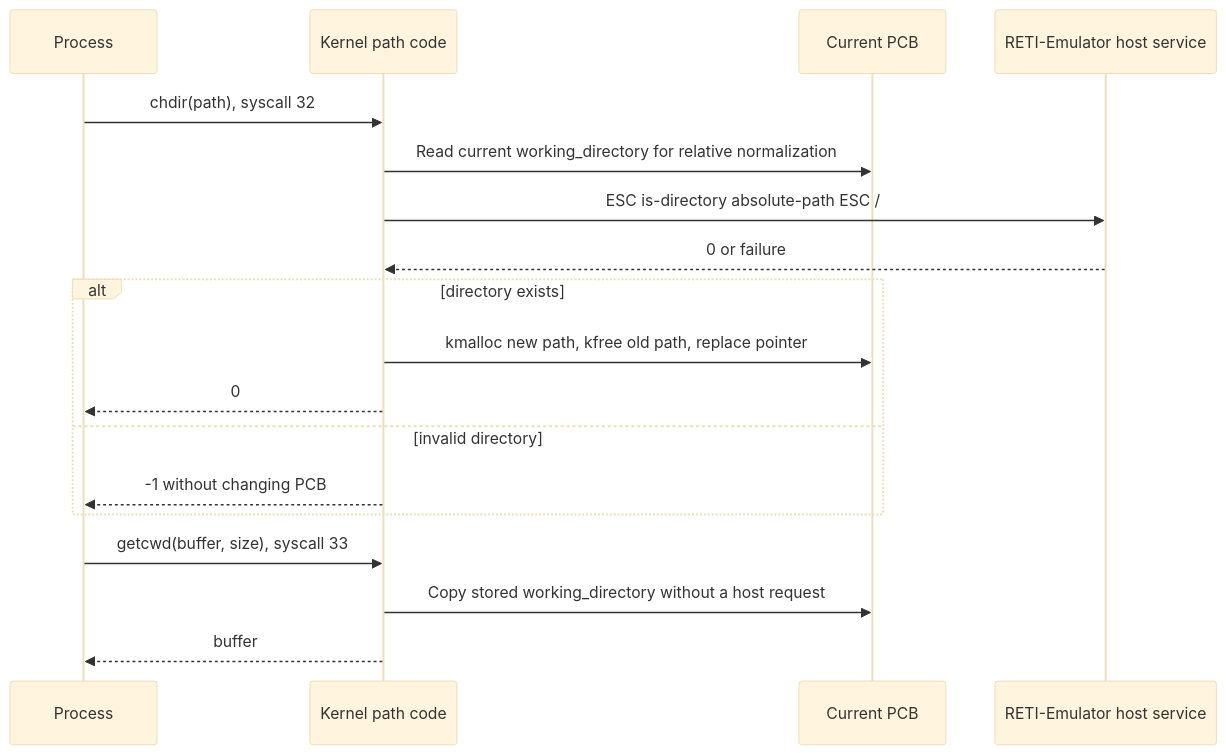
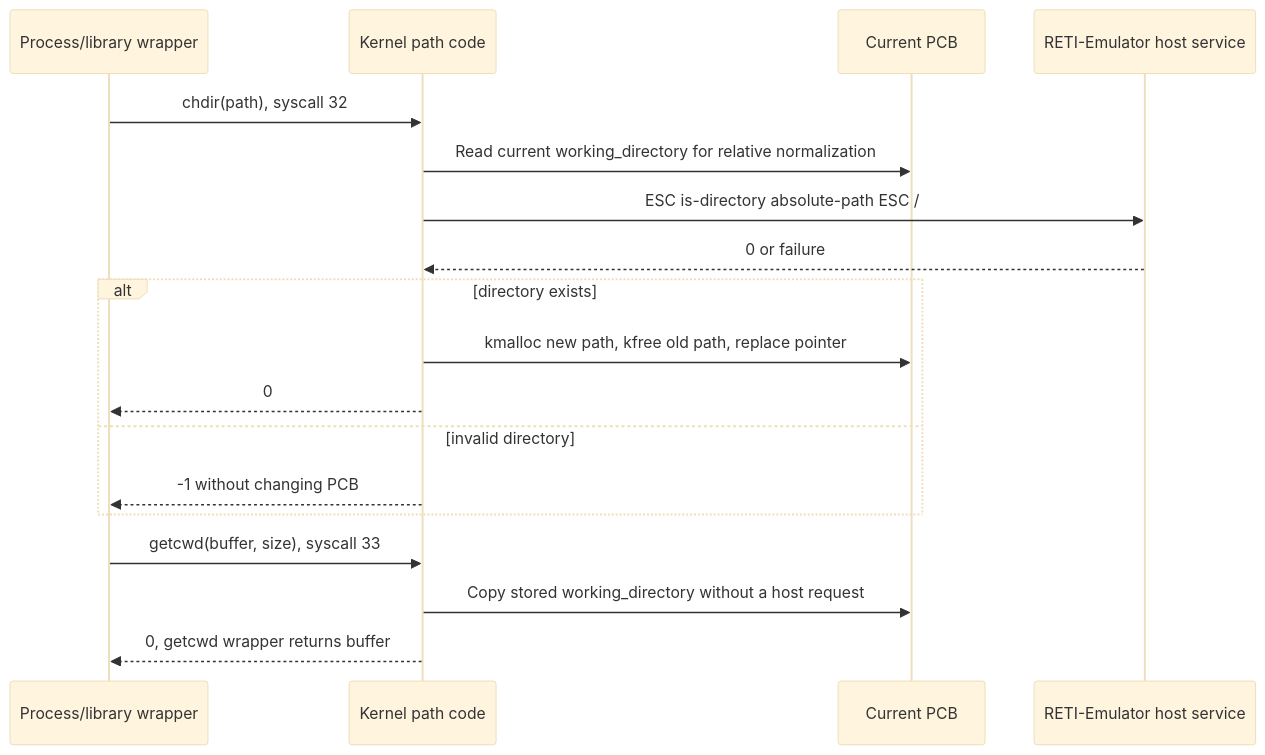
Before and after one commit to matthejue/Pico-OS: diagram 23 of 30 in README.md, drawn with Mermaid (base theme). The commit also changed other lines of this file, not shown here.

Commit message:
updated README with clearer explanations, diagrams, and source links

````diff
--- a/README.md
+++ b/README.md
@@ -2756,21 +3064,21 @@
 ```mermaid
 sequenceDiagram
-    participant P as Process
+    participant P as Process/library wrapper
     participant K as Kernel path code
     participant PCB as Current PCB
     participant E as RETI-Emulator host service
 
     P->>K: chdir(path), syscall 32
     K->>PCB: Read current working_directory for relative normalization
     K->>E: ESC is-directory absolute-path ESC /
     E-->>K: 0 or failure
     alt directory exists
         K->>PCB: kmalloc new path, kfree old path, replace pointer
         K-->>P: 0
     else invalid directory
         K-->>P: -1 without changing PCB
     end
     P->>K: getcwd(buffer, size), syscall 33
     K->>PCB: Copy stored working_directory without a host request
-    K-->>P: buffer
+    K-->>P: 0, getcwd wrapper returns buffer
 ```
````
